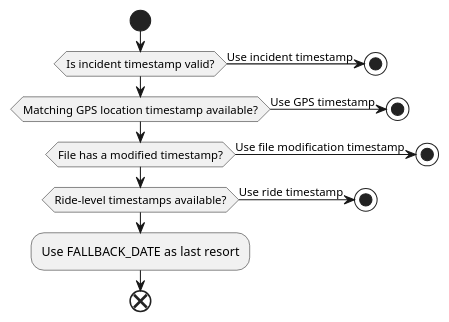
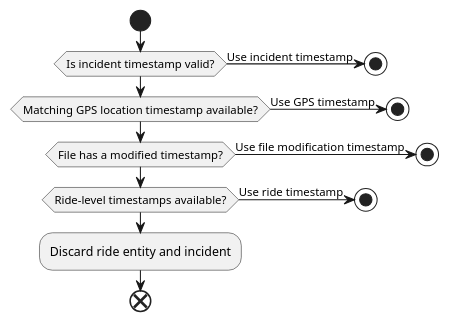
One commit to KonsumGandalf/simra changed the diagram in documentation/uml/CalculateIncidentTimestamp.puml. Above: the diagram before and after it, drawn with PlantUML. The commit also changed 14 other files, not shown here.

```diff
--- a/documentation/uml/CalculateIncidentTimestamp.puml
+++ b/documentation/uml/CalculateIncidentTimestamp.puml
@@ -1,22 +1,22 @@
 @startuml
 start
 
 if (Is incident timestamp valid?) then (Use incident timestamp)
     stop
 endif
 
 if (Matching GPS location timestamp available?) then (Use GPS timestamp)
     stop
 endif
 
 if (File has a modified timestamp?) then (Use file modification timestamp)
     stop
 endif
 
 if (Ride-level timestamps available?) then (Use ride timestamp)
     stop
 endif
 
-:Use FALLBACK_DATE as last resort;
+:Discard ride entity and incident;
 end
 @enduml
```
